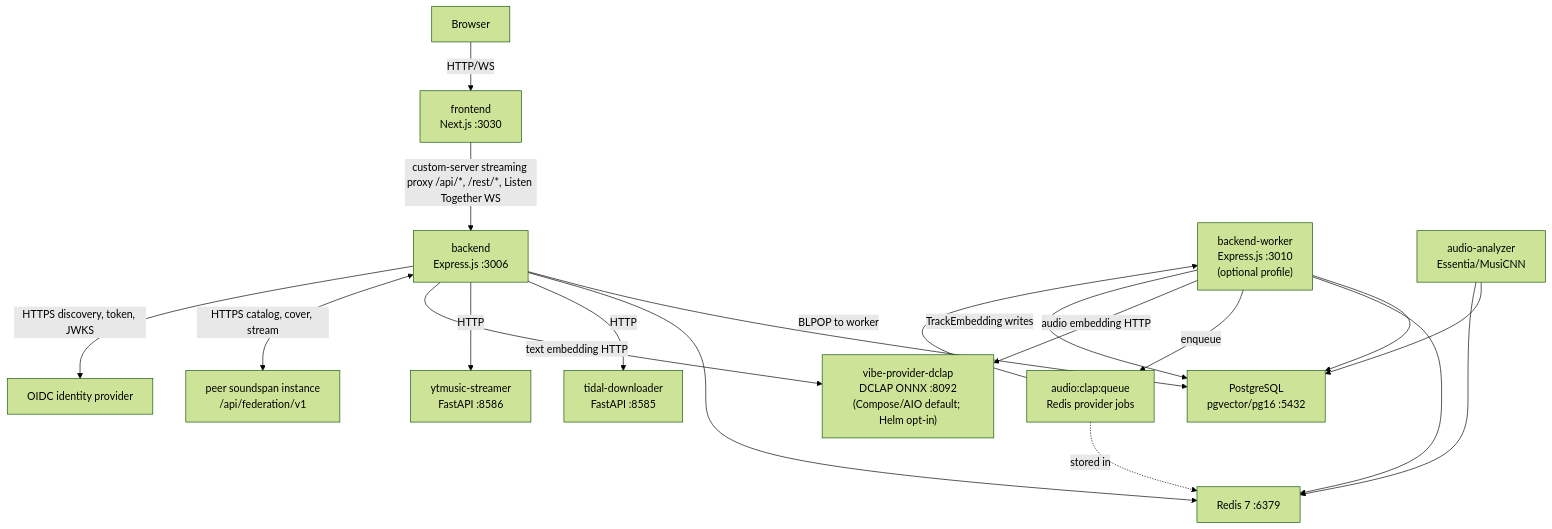
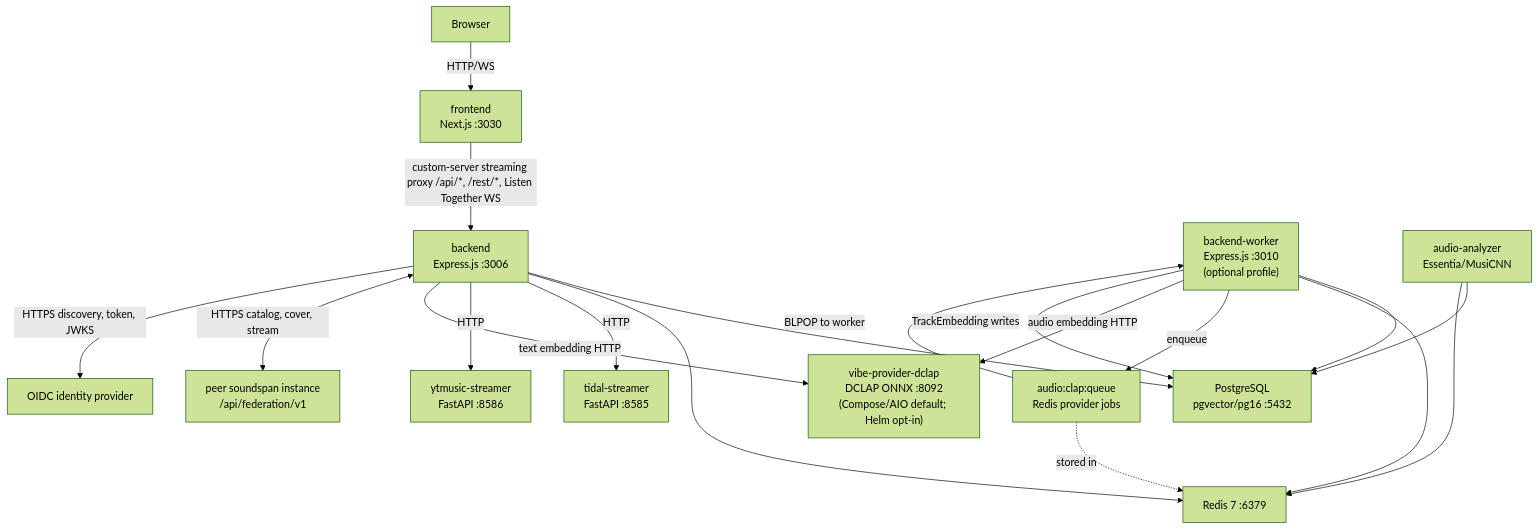
One commit to Tipson/soundspan changed the first of 2 diagrams in docs/ARCHITECTURE.md. Above: the diagram before and after it, drawn with Mermaid (forest theme). The commit also changed other lines of this file and 51 other files, not shown here.

First line of the commit message:
chore(tidal): rename the tidal-downloader sidecar to tidal-streamer (#703)

````diff
--- a/docs/ARCHITECTURE.md
+++ b/docs/ARCHITECTURE.md
@@ -7,35 +7,35 @@
 ```mermaid
 graph TD
     Browser["Browser"]
     FE["frontend<br/>Next.js :3030"]
     BE["backend<br/>Express.js :3006"]
     BW["backend-worker<br/>Express.js :3010<br/>(optional profile)"]
     PG["PostgreSQL<br/>pgvector/pg16 :5432"]
     RD["Redis 7 :6379"]
-    TD["tidal-downloader<br/>FastAPI :8585"]
+    TD["tidal-streamer<br/>FastAPI :8585"]
     YT["ytmusic-streamer<br/>FastAPI :8586"]
     AA["audio-analyzer<br/>Essentia/MusiCNN"]
     VQ["audio:clap:queue<br/>Redis provider jobs"]
     DC["vibe-provider-dclap<br/>DCLAP ONNX :8092<br/>(Compose/AIO default; Helm opt-in)"]
     PEER["peer soundspan instance<br/>/api/federation/v1"]
     IDP["OIDC identity provider"]
 
     Browser -->|HTTP/WS| FE
     FE -->|"custom-server streaming proxy /api/*, /rest/*, Listen Together WS"| BE
     BE --> PG
     BE --> RD
     BW --> PG
     BW --> RD
     BE -->|HTTP| TD
     BE -->|HTTP| YT
     AA --> PG
     AA --> RD
     BW -->|enqueue| VQ
     VQ -->|"BLPOP to worker"| BW
     VQ -.->|stored in| RD
     BW -->|"audio embedding HTTP"| DC
     BW -->|"TrackEmbedding writes"| PG
     BE -->|"text embedding HTTP"| DC
     BE <-->|"HTTPS catalog, cover, stream"| PEER
     BE -->|"HTTPS discovery, token, JWKS"| IDP
 ```
````
